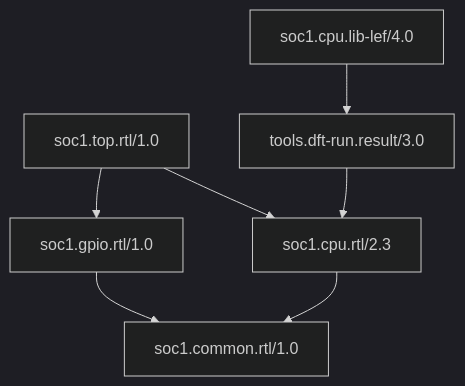
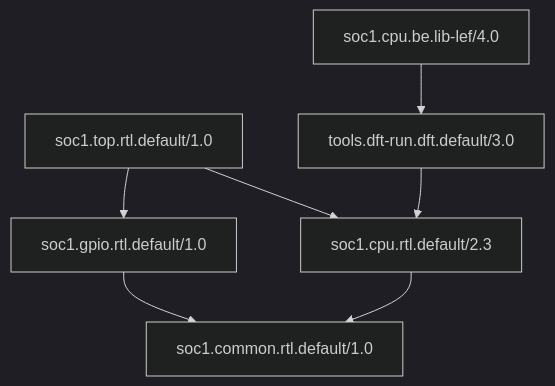
One commit to Bigyin1/CoreRef changed the diagram in docs/use-cases.md. Above: the diagram before and after it, drawn with Mermaid (dark theme). The commit also changed other lines of this file and 42 other files, not shown here.

Commit message:
refactor: simplify catalog API around project graphs and package coordinates

````diff
--- a/docs/use-cases.md
+++ b/docs/use-cases.md
@@ -19,9 +19,9 @@
 ```mermaid
 flowchart TB
-    TOP["soc1.top.rtl/1.0"] --> CPU["soc1.cpu.rtl/2.3"]
-    TOP --> GPIO["soc1.gpio.rtl/1.0"]
-    CPU --> COMMON["soc1.common.rtl/1.0"]
+    TOP["soc1.top.rtl.default/1.0"] --> CPU["soc1.cpu.rtl.default/2.3"]
+    TOP --> GPIO["soc1.gpio.rtl.default/1.0"]
+    CPU --> COMMON["soc1.common.rtl.default/1.0"]
     GPIO --> COMMON
-    BE["soc1.cpu.lib-lef/4.0"] --> DFT["tools.dft-run.result/3.0"]
+    BE["soc1.cpu.be.lib-lef/4.0"] --> DFT["tools.dft-run.dft.default/3.0"]
     DFT --> CPU
 ```
````
